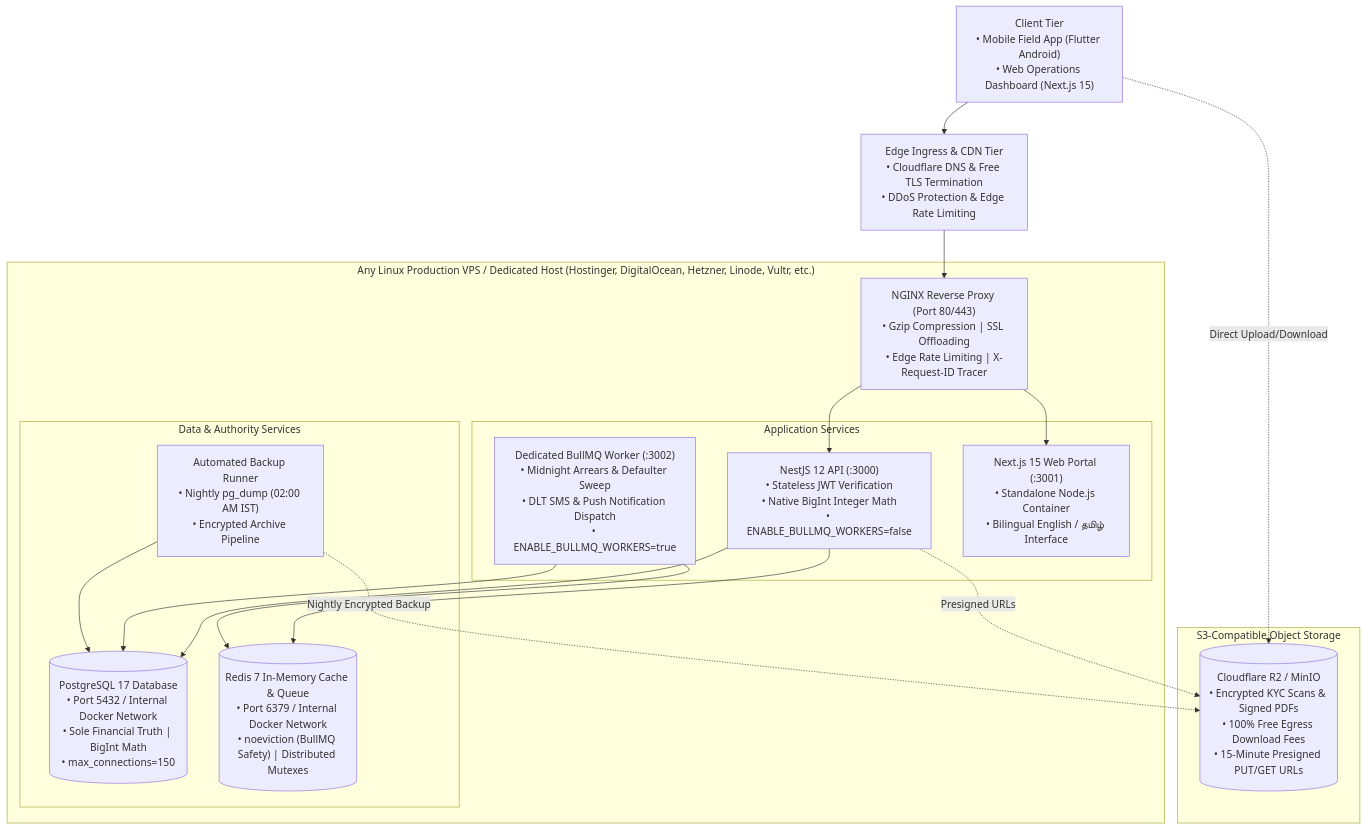
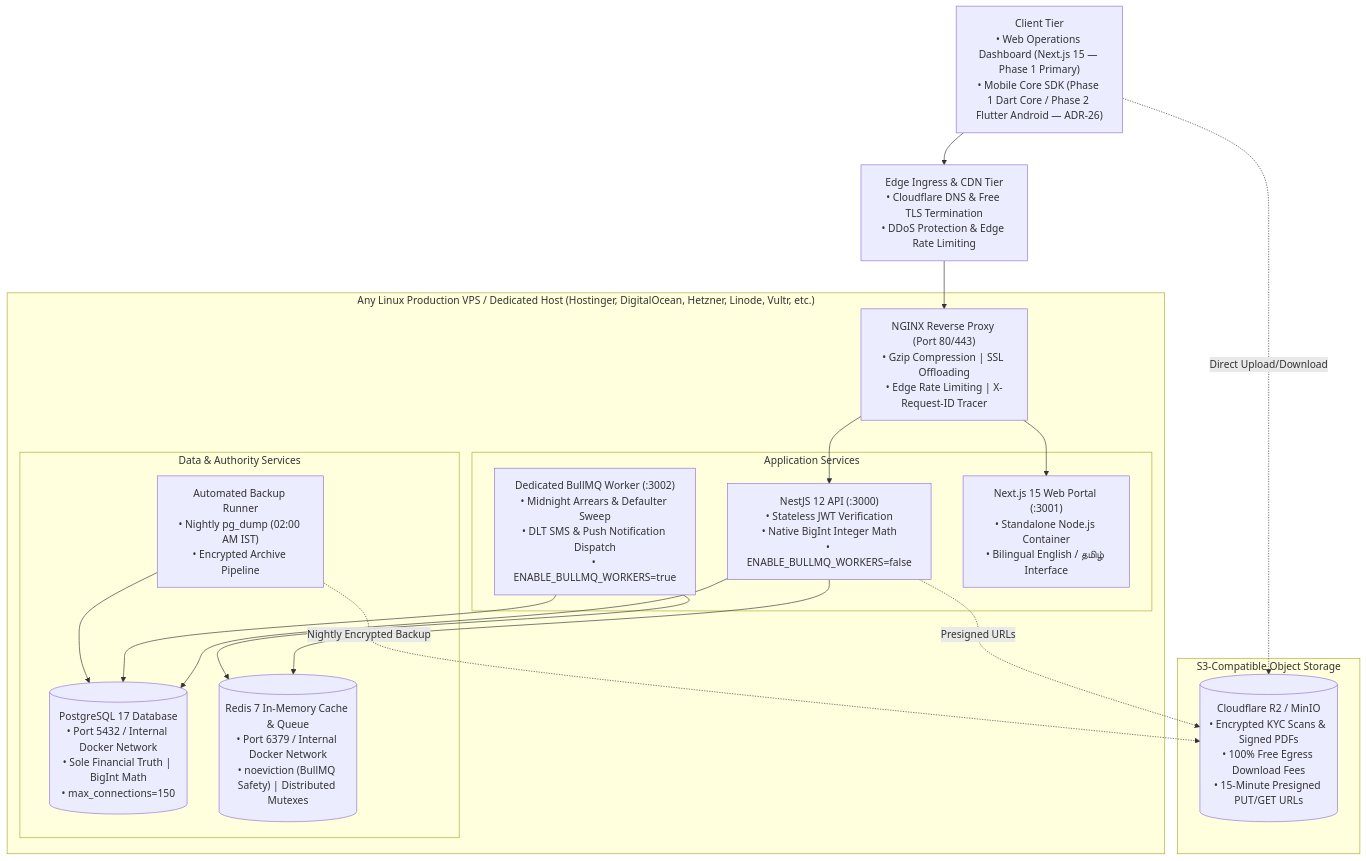
One commit to Kathir-24/Kumaran-finance changed the diagram in docs/06-devops/infrastructure-and-drp.md. Above: the diagram before and after it, drawn with Mermaid. The commit also changed other lines of this file and 4 other files, not shown here.

````diff
--- a/docs/06-devops/infrastructure-and-drp.md
+++ b/docs/06-devops/infrastructure-and-drp.md
@@ -14,39 +14,39 @@
 ```mermaid
 flowchart TD
-    Clients["Client Tier\n• Mobile Field App (Flutter Android)\n• Web Operations Dashboard (Next.js 15)"]
+    Clients["Client Tier\n• Web Operations Dashboard (Next.js 15 — Phase 1 Primary)\n• Mobile Core SDK (Phase 1 Dart Core / Phase 2 Flutter Android — ADR-26)"]
     
     Cloudflare["Edge Ingress & CDN Tier\n• Cloudflare DNS & Free TLS Termination\n• DDoS Protection & Edge Rate Limiting"]
     
     subgraph HostServer ["Any Linux Production VPS / Dedicated Host (Hostinger, DigitalOcean, Hetzner, Linode, Vultr, etc.)"]
         Nginx["NGINX Reverse Proxy (Port 80/443)\n• Gzip Compression | SSL Offloading\n• Edge Rate Limiting | X-Request-ID Tracer"]
         
         subgraph AppTier ["Application Services"]
             API["NestJS 12 API (:3000)\n• Stateless JWT Verification\n• Native BigInt Integer Math\n• ENABLE_BULLMQ_WORKERS=false"]
             Worker["Dedicated BullMQ Worker (:3002)\n• Midnight Arrears & Defaulter Sweep\n• DLT SMS & Push Notification Dispatch\n• ENABLE_BULLMQ_WORKERS=true"]
             Web["Next.js 15 Web Portal (:3001)\n• Standalone Node.js Container\n• Bilingual English / தமிழ் Interface"]
         end
         
         subgraph DataTier ["Data & Authority Services"]
             DB[("PostgreSQL 17 Database\n• Port 5432 / Internal Docker Network\n• Sole Financial Truth | BigInt Math\n• max_connections=150")]
             Redis[("Redis 7 In-Memory Cache & Queue\n• Port 6379 / Internal Docker Network\n• noeviction (BullMQ Safety) | Distributed Mutexes")]
             BackupCron["Automated Backup Runner\n• Nightly pg_dump (02:00 AM IST)\n• Encrypted Archive Pipeline"]
         end
     end
     
     subgraph StorageTier ["S3-Compatible Object Storage"]
         R2[("Cloudflare R2 / MinIO\n• Encrypted KYC Scans & Signed PDFs\n• 100% Free Egress Download Fees\n• 15-Minute Presigned PUT/GET URLs")]
     end
 
     Clients --> Cloudflare
     Cloudflare --> Nginx
     Nginx --> API
     Nginx --> Web
     API --> DB
     API --> Redis
     Worker --> DB
     Worker --> Redis
     BackupCron --> DB
     BackupCron -.->|Nightly Encrypted Backup| R2
     API -.->|Presigned URLs| R2
     Clients -.->|Direct Upload/Download| R2
 ```
````
